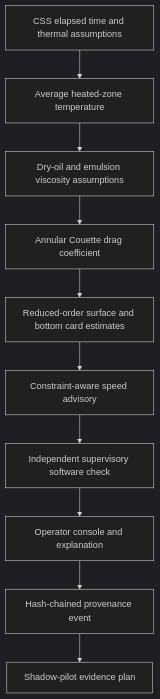
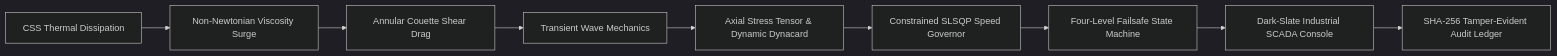
Before and after one commit to DKtech-dev/vectrosync: the first of 2 diagrams in README.md, drawn with Mermaid (dark theme). The commit also changed other lines of this file and 47 other files, not shown here.

Commit message:
feat: implement transient wave solver, real constrained mpc, and multi-fidelity scada twin

````diff
--- a/README.md
+++ b/README.md
@@ -24,12 +25,11 @@
 ```mermaid
-flowchart TD
-    A[CSS elapsed time and thermal assumptions] --> B[Average heated-zone temperature]
-    B --> C[Dry-oil and emulsion viscosity assumptions]
-    C --> D[Annular Couette drag coefficient]
-    D --> E[Reduced-order surface and bottom card estimates]
-    E --> F[Constraint-aware speed advisory]
-    F --> G[Independent supervisory software check]
-    G --> H[Operator console and explanation]
-    H --> I[Hash-chained provenance event]
-    I --> J[Shadow-pilot evidence plan]
+flowchart LR
+    A[CSS Thermal Dissipation] --> B[Non-Newtonian Viscosity Surge]
+    B --> C[Annular Couette Shear Drag]
+    C --> D[Transient Wave Mechanics]
+    D --> E[Axial Stress Tensor & Dynamic Dynacard]
+    E --> F[Constrained SLSQP Speed Governor]
+    F --> G[Four-Level Failsafe State Machine]
+    G --> H[Dark-Slate Industrial SCADA Console]
+    H --> I[SHA-256 Tamper-Evident Audit Ledger]
 ```
````
